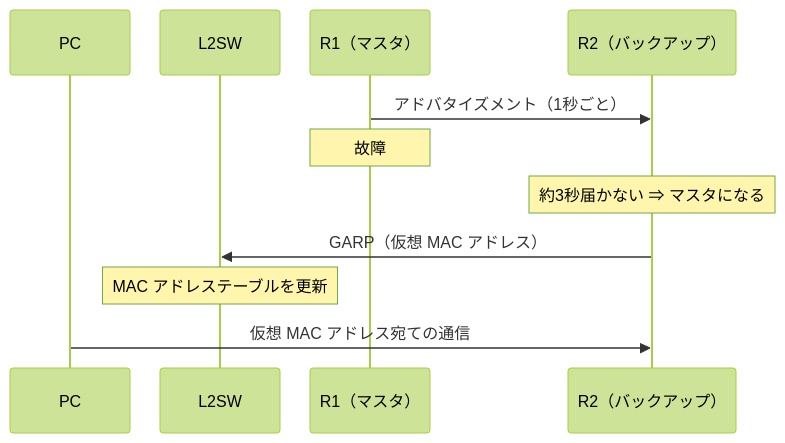
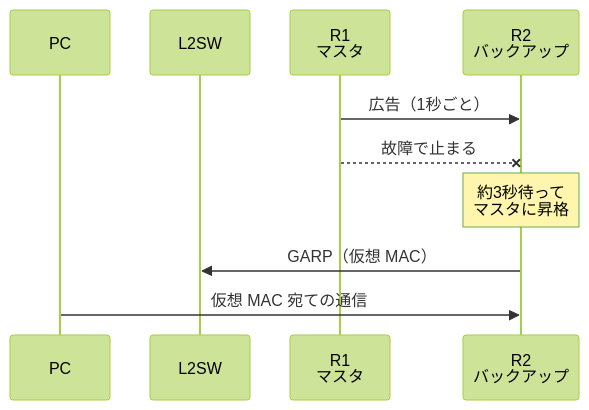
The second of 3 diagrams in network/redundancy/vrrp.md (nnnaanaa/document), drawn with Mermaid (forest theme) before and after one commit. The commit also changed other lines of this file and 2 other files, not shown here.

Commit message:
IPsec・VRRP・マルチキャスト暗記シートの図の横幅を詰める

````diff
--- a/network/redundancy/vrrp.md
+++ b/network/redundancy/vrrp.md
@@ -66,19 +67,18 @@
 ```mermaid
 ---
 config:
   sequence:
-    width: 120
-    actorMargin: 30
+    width: 100
+    actorMargin: 40
 ---
 sequenceDiagram
   participant PC as PC
   participant SW as L2SW
-  participant R1 as R1（マスタ）
-  participant R2 as R2（バックアップ）
-  R1->>R2: アドバタイズメント（1秒ごと）
-  Note over R1: 故障
-  Note over R2: 約3秒届かない ⇒ マスタになる
-  R2->>SW: GARP（仮想 MAC アドレス）
-  Note over SW: MAC アドレステーブルを更新
-  PC->>R2: 仮想 MAC アドレス宛ての通信
+  participant R1 as R1<br>マスタ
+  participant R2 as R2<br>バックアップ
+  R1->>R2: 広告（1秒ごと）
+  R1--xR2: 故障で止まる
+  Note over R2: 約3秒待って<br>マスタに昇格
+  R2->>SW: GARP（仮想 MAC）
+  PC->>R2: 仮想 MAC 宛ての通信
 ```
````
